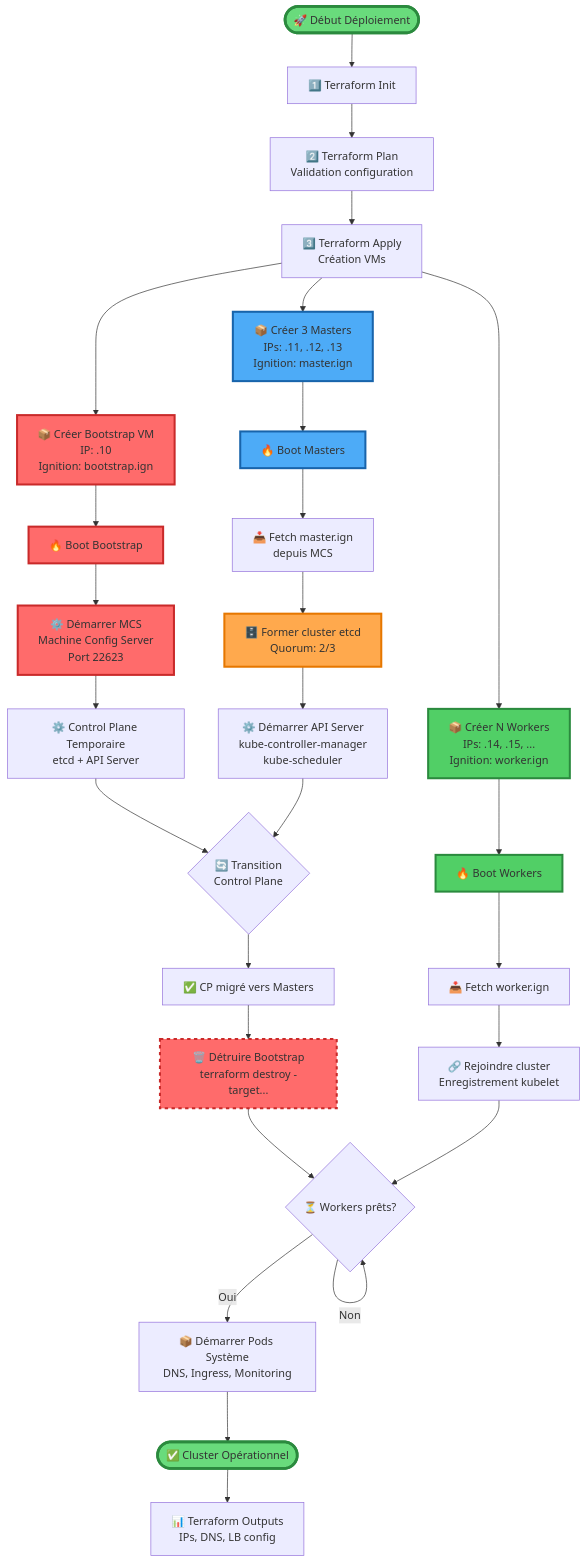
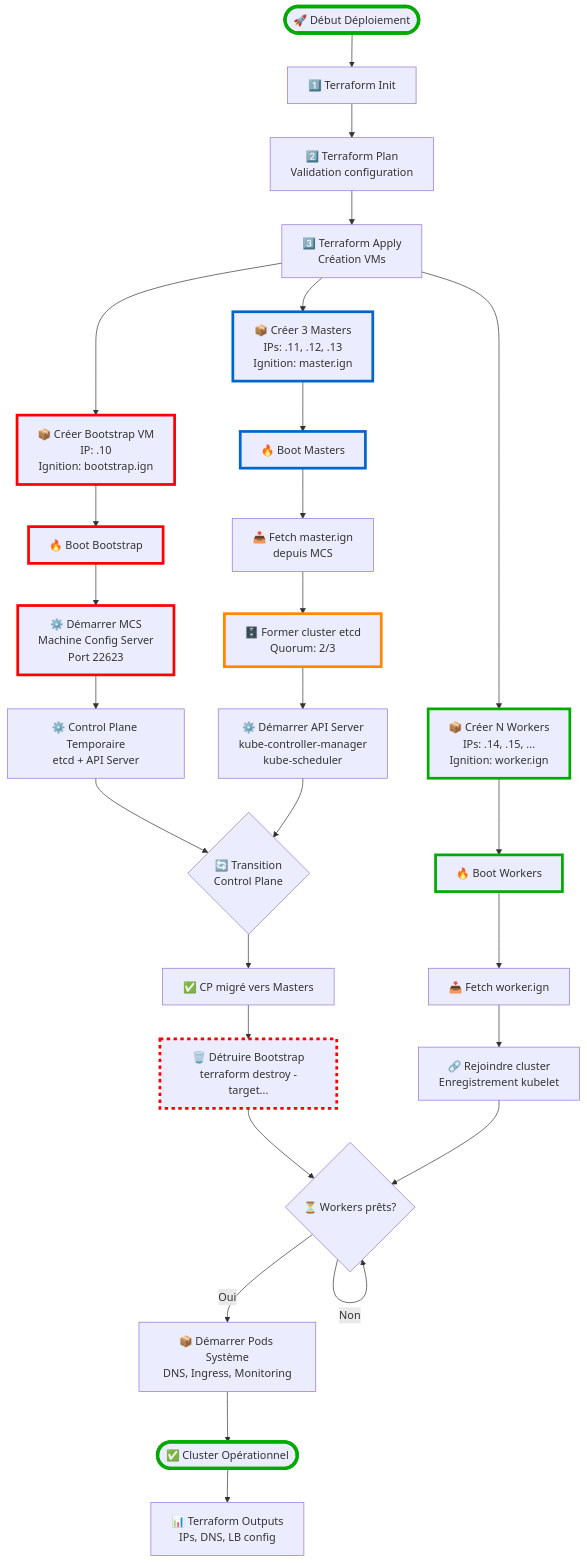
Before and after one commit to Z3ROX-lab/gtt-terraform-pour-openshift-UPI: the second of 8 diagrams in DIAGRAMS_MERMAID.md, drawn with Mermaid. The commit also changed other lines of this file, not shown here.

First line of the commit message:
Amélioration lisibilité diagrammes Mermaid + correction erreur

````diff
--- a/DIAGRAMS_MERMAID.md
+++ b/DIAGRAMS_MERMAID.md
@@ -107,51 +107,51 @@
 ```mermaid
 flowchart TD
     Start([🚀 Début Déploiement]) --> TF_Init[1️⃣ Terraform Init]
     TF_Init --> TF_Plan[2️⃣ Terraform Plan<br/>Validation configuration]
     TF_Plan --> TF_Apply[3️⃣ Terraform Apply<br/>Création VMs]
 
     TF_Apply --> CreateBootstrap[📦 Créer Bootstrap VM<br/>IP: .10<br/>Ignition: bootstrap.ign]
     TF_Apply --> CreateMasters[📦 Créer 3 Masters<br/>IPs: .11, .12, .13<br/>Ignition: master.ign]
     TF_Apply --> CreateWorkers[📦 Créer N Workers<br/>IPs: .14, .15, ...<br/>Ignition: worker.ign]
 
     CreateBootstrap --> BootBootstrap[🔥 Boot Bootstrap]
     BootBootstrap --> StartMCS[⚙️ Démarrer MCS<br/>Machine Config Server<br/>Port 22623]
     StartMCS --> StartTempCP[⚙️ Control Plane Temporaire<br/>etcd + API Server]
 
     CreateMasters --> BootMasters[🔥 Boot Masters]
     BootMasters --> FetchIgnition[📥 Fetch master.ign<br/>depuis MCS]
     FetchIgnition --> FormEtcd[🗄️ Former cluster etcd<br/>Quorum: 2/3]
     FormEtcd --> StartAPI[⚙️ Démarrer API Server<br/>kube-controller-manager<br/>kube-scheduler]
 
     StartTempCP --> Transition{🔄 Transition<br/>Control Plane}
     StartAPI --> Transition
 
     Transition --> MigrateCPToMasters[✅ CP migré vers Masters]
     MigrateCPToMasters --> DestroyBootstrap[🗑️ Détruire Bootstrap<br/>terraform destroy -target...]
 
     CreateWorkers --> BootWorkers[🔥 Boot Workers]
     BootWorkers --> FetchWorkerIgnition[📥 Fetch worker.ign]
     FetchWorkerIgnition --> JoinCluster[🔗 Rejoindre cluster<br/>Enregistrement kubelet]
 
     DestroyBootstrap --> WaitWorkers{⏳ Workers prêts?}
     JoinCluster --> WaitWorkers
 
     WaitWorkers -->|Non| WaitWorkers
     WaitWorkers -->|Oui| StartSystemPods[📦 Démarrer Pods Système<br/>DNS, Ingress, Monitoring]
 
     StartSystemPods --> ClusterReady([✅ Cluster Opérationnel])
 
     ClusterReady --> Outputs[📊 Terraform Outputs<br/>IPs, DNS, LB config]
 
-    style Start fill:#69db7c,stroke:#2b8a3e,stroke-width:4px
-    style ClusterReady fill:#69db7c,stroke:#2b8a3e,stroke-width:4px
-    style CreateBootstrap fill:#ff6b6b,stroke:#c92a2a,stroke-width:3px
-    style BootBootstrap fill:#ff6b6b,stroke:#c92a2a,stroke-width:3px
-    style StartMCS fill:#ff6b6b,stroke:#c92a2a,stroke-width:3px
-    style DestroyBootstrap fill:#ff6b6b,stroke:#c92a2a,stroke-width:3px,stroke-dasharray: 5 5
-    style CreateMasters fill:#4dabf7,stroke:#1864ab,stroke-width:3px
-    style BootMasters fill:#4dabf7,stroke:#1864ab,stroke-width:3px
-    style FormEtcd fill:#ffa94d,stroke:#e67700,stroke-width:3px
-    style CreateWorkers fill:#51cf66,stroke:#2b8a3e,stroke-width:3px
-    style BootWorkers fill:#51cf66,stroke:#2b8a3e,stroke-width:3px
+    style Start stroke:#00AA00,stroke-width:5px
+    style ClusterReady stroke:#00AA00,stroke-width:5px
+    style CreateBootstrap stroke:#FF0000,stroke-width:4px
+    style BootBootstrap stroke:#FF0000,stroke-width:4px
+    style StartMCS stroke:#FF0000,stroke-width:4px
+    style DestroyBootstrap stroke:#FF0000,stroke-width:4px,stroke-dasharray: 5 5
+    style CreateMasters stroke:#0066CC,stroke-width:4px
+    style BootMasters stroke:#0066CC,stroke-width:4px
+    style FormEtcd stroke:#FF8800,stroke-width:4px
+    style CreateWorkers stroke:#00AA00,stroke-width:4px
+    style BootWorkers stroke:#00AA00,stroke-width:4px
 ```
````
